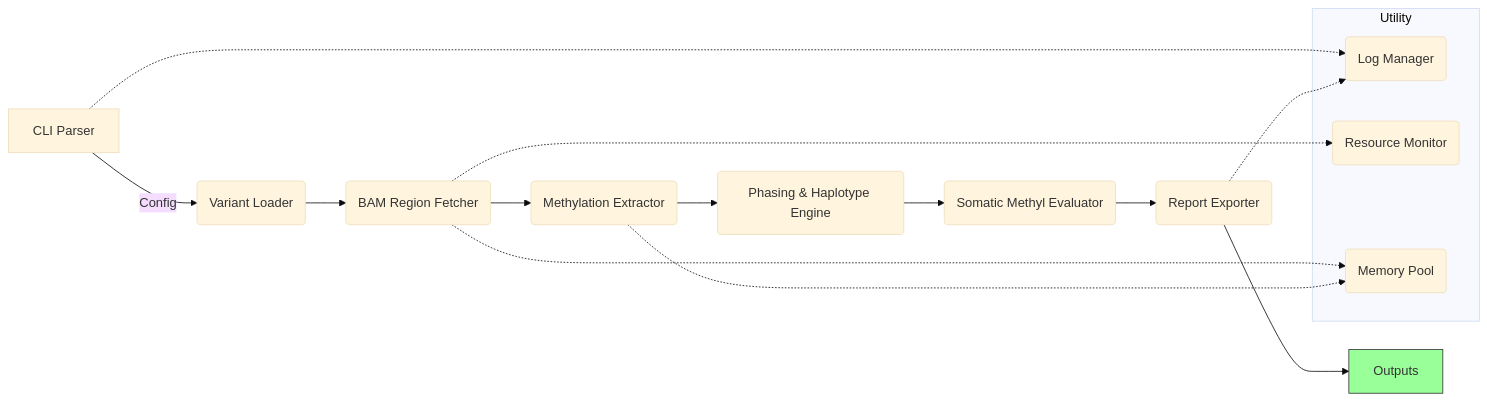
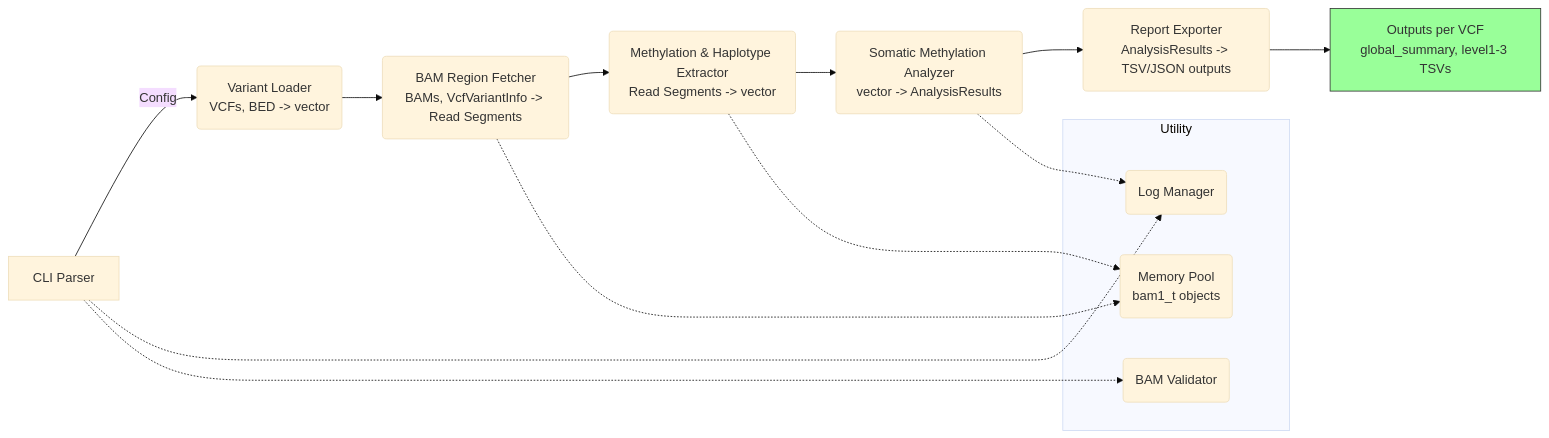
The diagram in architecture.md (liaoyoyo/MethylSomaticAnalysis), drawn with Mermaid (base theme) before and after one commit. The commit also changed other lines of this file, not shown here.

````diff
--- a/architecture.md
+++ b/architecture.md
@@ -32,21 +40,22 @@
 ```mermaid
 flowchart LR
-  A[CLI Parser] -->|Config| B(Variant Loader)
-  B --> C(BAM Region Fetcher)
-  C --> D(Methylation Extractor)
-  D --> E(Phasing & Haplotype Engine)
-  E --> F(Somatic Methyl Evaluator)
-  F --> G(Report Exporter)
-  G --> H[Outputs]
+  A[CLI Parser] -->|Config| B(Variant Loader<br/>VCFs, BED -> vector<VcfVariantInfo>)
+  B --> C(BAM Region Fetcher<br/>BAMs, VcfVariantInfo -> Read Segments)
+  C --> D(Methylation & Haplotype Extractor<br/>Read Segments -> vector<MethylationSiteDetail>)
+  D --> E(Somatic Methylation Analyzer<br/>vector<MethylationSiteDetail> -> AnalysisResults)
+  E --> F(Report Exporter<br/>AnalysisResults -> TSV/JSON outputs)
+  F --> G[Outputs per VCF<br/>global_summary, level1-3 TSVs]
+
   subgraph Utility
     L1(Log Manager)
-    L2(Resource Monitor)
-    L3(Memory Pool)
+    L3(Memory Pool<br/>bam1_t objects)
+    L4(BAM Validator)
   end
+
   A -.-> L1
-  C -.-> L2
+  A -.-> L4
   C -.-> L3
   D -.-> L3
-  G -.-> L1
-  style H fill:#9f9,stroke:#333
+  E -.-> L1
+  style G fill:#9f9,stroke:#333
 ```
````
